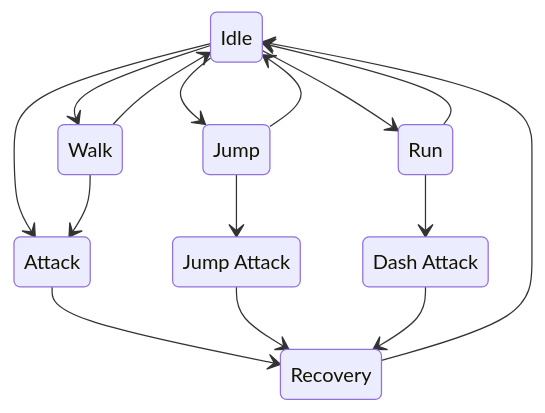
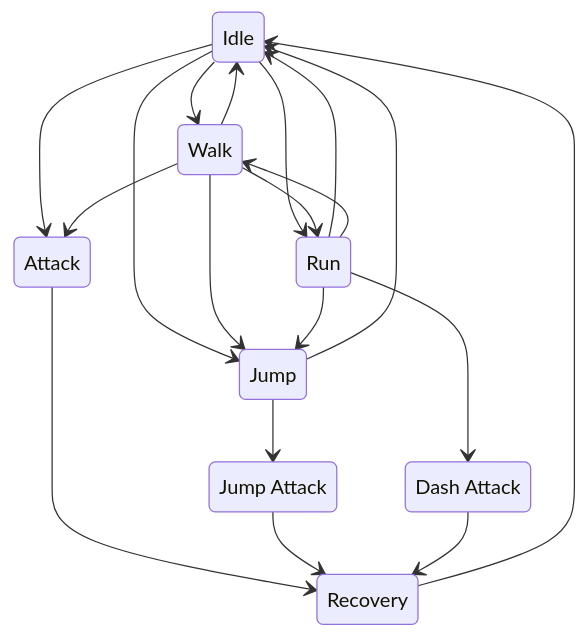
Before and after one commit to Joesephats/Joesephats.github.io: the first of 3 diagrams in PlayerStateMachine.md, drawn with Mermaid.

````diff
--- a/PlayerStateMachine.md
+++ b/PlayerStateMachine.md
@@ -3,21 +3,25 @@
 ```mermaid
 stateDiagram-v2
 
     Idle --> Walk
     Idle --> Run
     Idle --> Jump
     Idle --> Attack
     Walk --> Attack
     Walk --> Idle
+    Walk --> Jump
+    Walk --> Run
     Run --> Dash_Attack
     Run --> Idle
+    Run --> Walk
+    Run --> Jump
     Jump --> Jump_Attack
     Jump --> Idle
     Attack --> Recovery
     Jump_Attack --> Recovery
     Dash_Attack --> Recovery
     Recovery --> Idle
 
     state "Jump Attack" as Jump_Attack
     state "Dash Attack" as Dash_Attack
 ```
````
